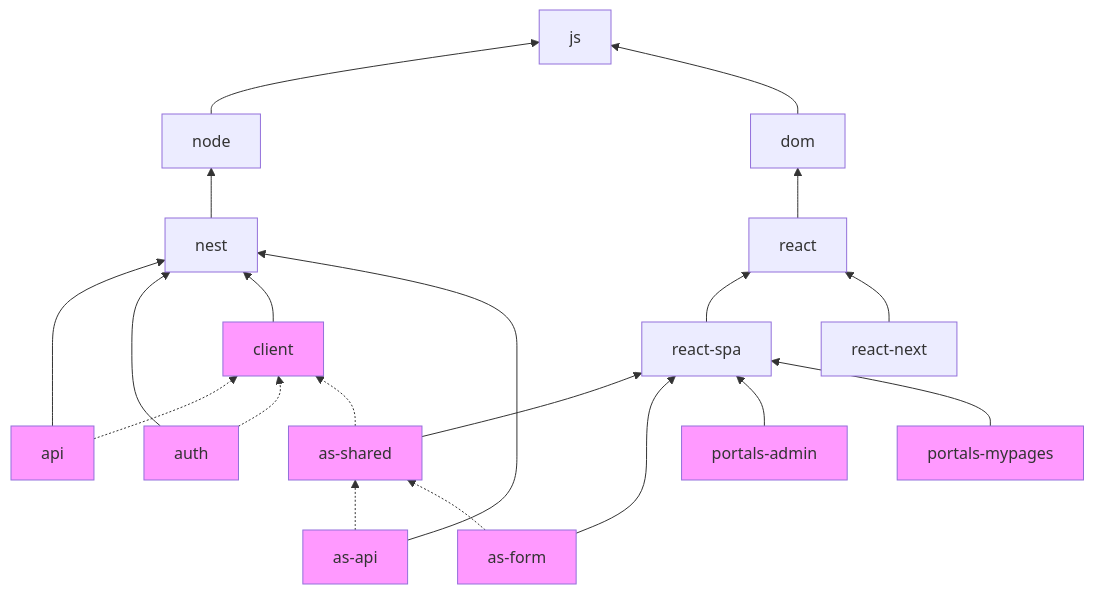
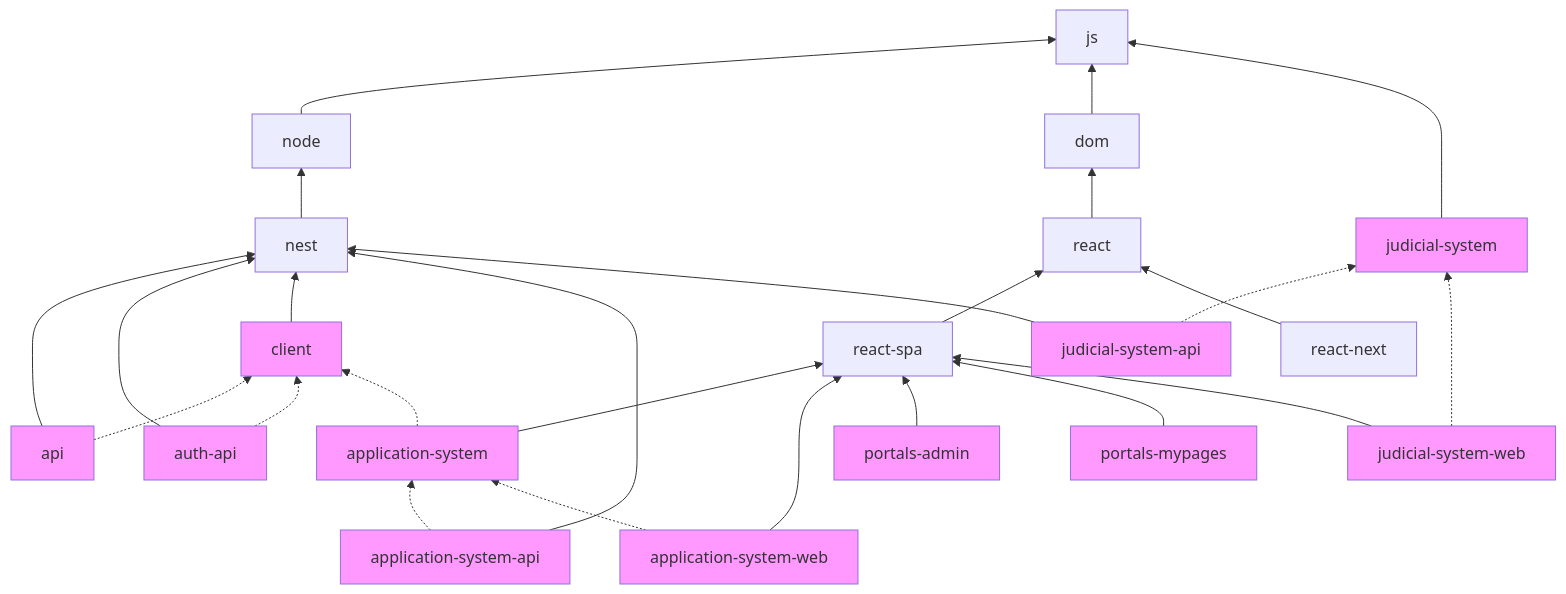
The diagram in handbook/repository/nx-tags.md (island-is/island.is), drawn with Mermaid before and after one commit. The commit also changed other lines of this file and 84 other files, not shown here.

Commit message:
Create tags for judicial system. Refactor tag names

````diff
--- a/handbook/repository/nx-tags.md
+++ b/handbook/repository/nx-tags.md
@@ -47,20 +50,22 @@
 ```mermaid
   flowchart BT;
     %% Generic tags
     node & dom --> js
     react --> dom
     react-spa & react-next --> react
     nest --> node
 
     %% App tags
-    api & auth & client & as-api --> nest
-    as-shared & as-form & portals-admin & portals-mypages --> react-spa
+    judicial-system --> js
+    api & auth-api & client & application-system-api & judicial-system-api --> nest
+    application-system & application-system-web & portals-admin & portals-mypages & judicial-system-web --> react-spa
 
     classDef appTag fill:#f9f
-    class api,auth,client,as-shared,as-form,as-api,portals-admin,portals-mypages appTag
+    class api,auth-api,client,application-system,application-system-web,application-system-api,portals-admin,portals-mypages,judicial-system-api,judicial-system-web,judicial-system appTag
 
     %% Shallow dependencies
-    api & auth -.-> client
-    as-shared -.-> client
-    as-api & as-form -.-> as-shared
+    api & auth-api -.-> client
+    application-system -.-> client
+    application-system-api & application-system-web -.-> application-system
+    judicial-system-api & judicial-system-web -.-> judicial-system
 ```
````
